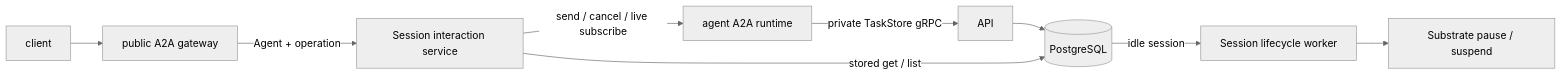
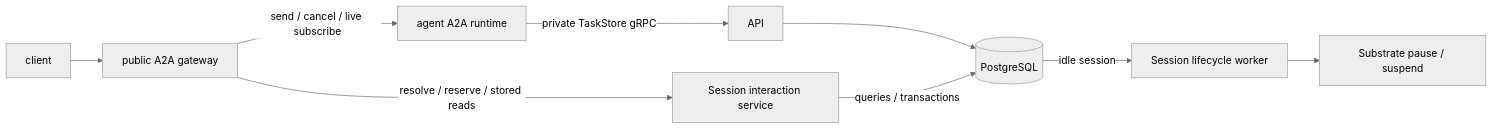
Before and after one commit to kagent-dev/kagent: the diagram in docs/architecture/a2a-gateway.md, drawn with Mermaid (neutral theme). The commit also changed other lines of this file and 9 other files, not shown here.

````diff
--- a/docs/architecture/a2a-gateway.md
+++ b/docs/architecture/a2a-gateway.md
@@ -45,11 +56,11 @@
 ```mermaid
 flowchart LR
     CLIENT[client] --> GATEWAY[public A2A gateway]
-    GATEWAY -->|Agent + operation| INTERACTIONS[Session interaction service]
-    INTERACTIONS -->|send / cancel / live subscribe| RUNTIME[agent A2A runtime]
+    GATEWAY -->|resolve / reserve / stored reads| INTERACTIONS[Session interaction service]
+    GATEWAY -->|send / cancel / live subscribe| RUNTIME[agent A2A runtime]
     RUNTIME -->|private TaskStore gRPC| API[API]
     API --> DB[(PostgreSQL)]
-    INTERACTIONS -->|stored get / list| DB
+    INTERACTIONS -->|queries / transactions| DB
     DB -->|idle session| WORKER[Session lifecycle worker]
     WORKER --> SUBSTRATE[Substrate pause / suspend]
 ```
````
